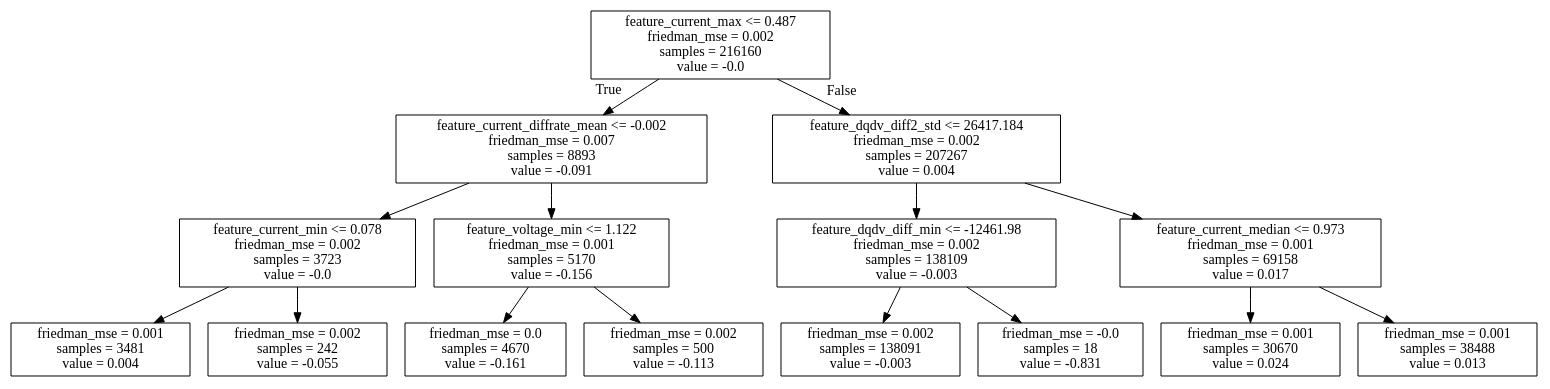
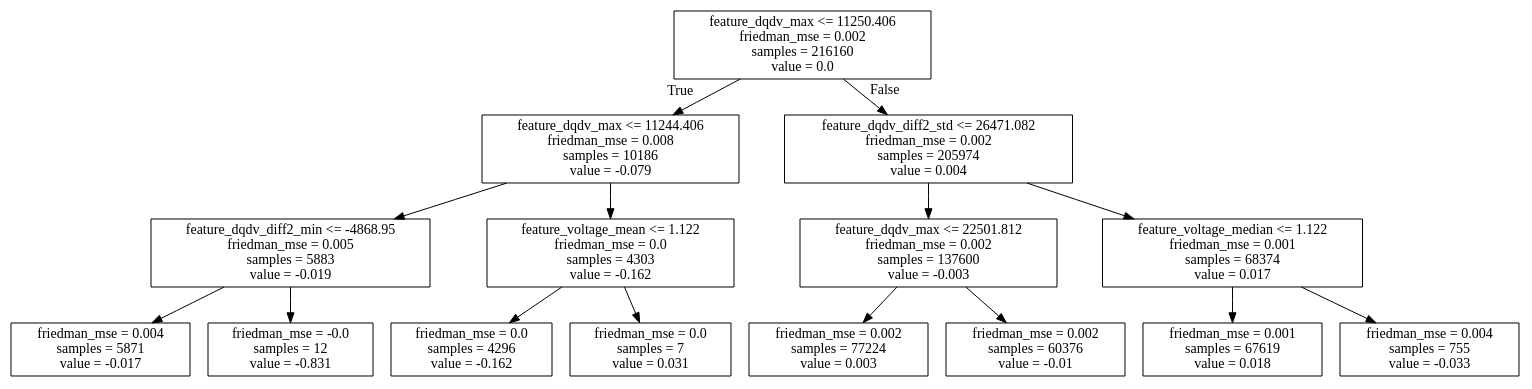
One commit to johnnyWzq/cell_test_data changed the diagram in charge_g_pkl/gbdt.dot. Above: the diagram before and after it, drawn with Graphviz. The commit also changed 19 other files, not shown here.

Commit message:
drop feature of current and new model

```diff
--- a/charge_g_pkl/gbdt.dot
+++ b/charge_g_pkl/gbdt.dot
@@ -1,32 +1,32 @@
 digraph Tree {
 node [shape=box] ;
-0 [label="feature_current_max <= 0.487\nfriedman_mse = 0.002\nsamples = 216160\nvalue = -0.0"] ;
-1 [label="feature_current_diffrate_mean <= -0.002\nfriedman_mse = 0.007\nsamples = 8893\nvalue = -0.091"] ;
+0 [label="feature_dqdv_max <= 11250.406\nfriedman_mse = 0.002\nsamples = 216160\nvalue = 0.0"] ;
+1 [label="feature_dqdv_max <= 11244.406\nfriedman_mse = 0.008\nsamples = 10186\nvalue = -0.079"] ;
 0 -> 1 [labeldistance=2.5, labelangle=45, headlabel="True"] ;
-2 [label="feature_current_min <= 0.078\nfriedman_mse = 0.002\nsamples = 3723\nvalue = -0.0"] ;
+2 [label="feature_dqdv_diff2_min <= -4868.95\nfriedman_mse = 0.005\nsamples = 5883\nvalue = -0.019"] ;
 1 -> 2 ;
-3 [label="friedman_mse = 0.001\nsamples = 3481\nvalue = 0.004"] ;
+3 [label="friedman_mse = 0.004\nsamples = 5871\nvalue = -0.017"] ;
 2 -> 3 ;
-4 [label="friedman_mse = 0.002\nsamples = 242\nvalue = -0.055"] ;
+4 [label="friedman_mse = -0.0\nsamples = 12\nvalue = -0.831"] ;
 2 -> 4 ;
-5 [label="feature_voltage_min <= 1.122\nfriedman_mse = 0.001\nsamples = 5170\nvalue = -0.156"] ;
+5 [label="feature_voltage_mean <= 1.122\nfriedman_mse = 0.0\nsamples = 4303\nvalue = -0.162"] ;
 1 -> 5 ;
-6 [label="friedman_mse = 0.0\nsamples = 4670\nvalue = -0.161"] ;
+6 [label="friedman_mse = 0.0\nsamples = 4296\nvalue = -0.162"] ;
 5 -> 6 ;
-7 [label="friedman_mse = 0.002\nsamples = 500\nvalue = -0.113"] ;
+7 [label="friedman_mse = 0.0\nsamples = 7\nvalue = 0.031"] ;
 5 -> 7 ;
-8 [label="feature_dqdv_diff2_std <= 26417.184\nfriedman_mse = 0.002\nsamples = 207267\nvalue = 0.004"] ;
+8 [label="feature_dqdv_diff2_std <= 26471.082\nfriedman_mse = 0.002\nsamples = 205974\nvalue = 0.004"] ;
 0 -> 8 [labeldistance=2.5, labelangle=-45, headlabel="False"] ;
-9 [label="feature_dqdv_diff_min <= -12461.98\nfriedman_mse = 0.002\nsamples = 138109\nvalue = -0.003"] ;
+9 [label="feature_dqdv_max <= 22501.812\nfriedman_mse = 0.002\nsamples = 137600\nvalue = -0.003"] ;
 8 -> 9 ;
-10 [label="friedman_mse = 0.002\nsamples = 138091\nvalue = -0.003"] ;
+10 [label="friedman_mse = 0.002\nsamples = 77224\nvalue = 0.003"] ;
 9 -> 10 ;
-11 [label="friedman_mse = -0.0\nsamples = 18\nvalue = -0.831"] ;
+11 [label="friedman_mse = 0.002\nsamples = 60376\nvalue = -0.01"] ;
 9 -> 11 ;
-12 [label="feature_current_median <= 0.973\nfriedman_mse = 0.001\nsamples = 69158\nvalue = 0.017"] ;
+12 [label="feature_voltage_median <= 1.122\nfriedman_mse = 0.001\nsamples = 68374\nvalue = 0.017"] ;
 8 -> 12 ;
-13 [label="friedman_mse = 0.001\nsamples = 30670\nvalue = 0.024"] ;
+13 [label="friedman_mse = 0.001\nsamples = 67619\nvalue = 0.018"] ;
 12 -> 13 ;
-14 [label="friedman_mse = 0.001\nsamples = 38488\nvalue = 0.013"] ;
+14 [label="friedman_mse = 0.004\nsamples = 755\nvalue = -0.033"] ;
 12 -> 14 ;
 }
```
